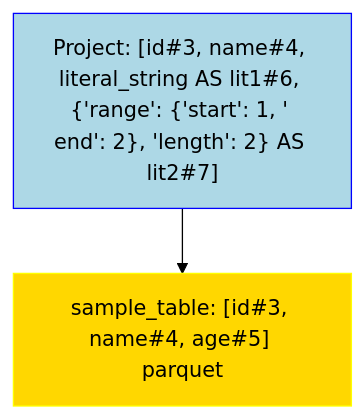
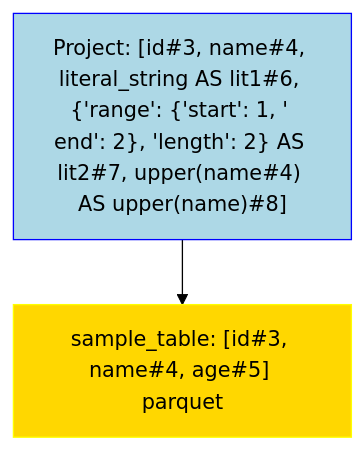
The diagram in data/visualization/select_2.mmd (NielkNetraam/explainalyzed), drawn with Mermaid (forest theme) before and after one commit. The commit also changed 61 other files, not shown here.

```diff
--- a/data/visualization/select_2.mmd
+++ b/data/visualization/select_2.mmd
@@ -1,13 +1,13 @@
 flowchart TD
     classDef PROJECT stroke:Blue,fill:LightBlue,color:black
     classDef FILTER stroke:Green,fill:LightGreen,color:black
     classDef UNION stroke:Purple,fill:Violet,color:black
     classDef JOIN stroke:DarkOrange,fill:Orange,color:black
     classDef RELATION stroke:Yellow,fill:Gold,color:black
     classDef AGGREGATE stroke:Brown,fill:Chocolate,color:black
     classDef WINDOW stroke:Aqua,fill:Cyan,color:black
 
-    Project#00001["Project: [id#3, name#4, literal_string AS lit1#6, {'range': {'start': 1, ' end': 2}, 'length': 2} AS lit2#7]"]:::PROJECT
+    Project#00001["Project: [id#3, name#4, literal_string AS lit1#6, {'range': {'start': 1, ' end': 2}, 'length': 2} AS lit2#7, upper(name#4) AS upper(name)#8]"]:::PROJECT
     Relation#00002["sample_table: [id#3, name#4, age#5] parquet"]:::RELATION
 
     Project#00001 --> Relation#00002
```
